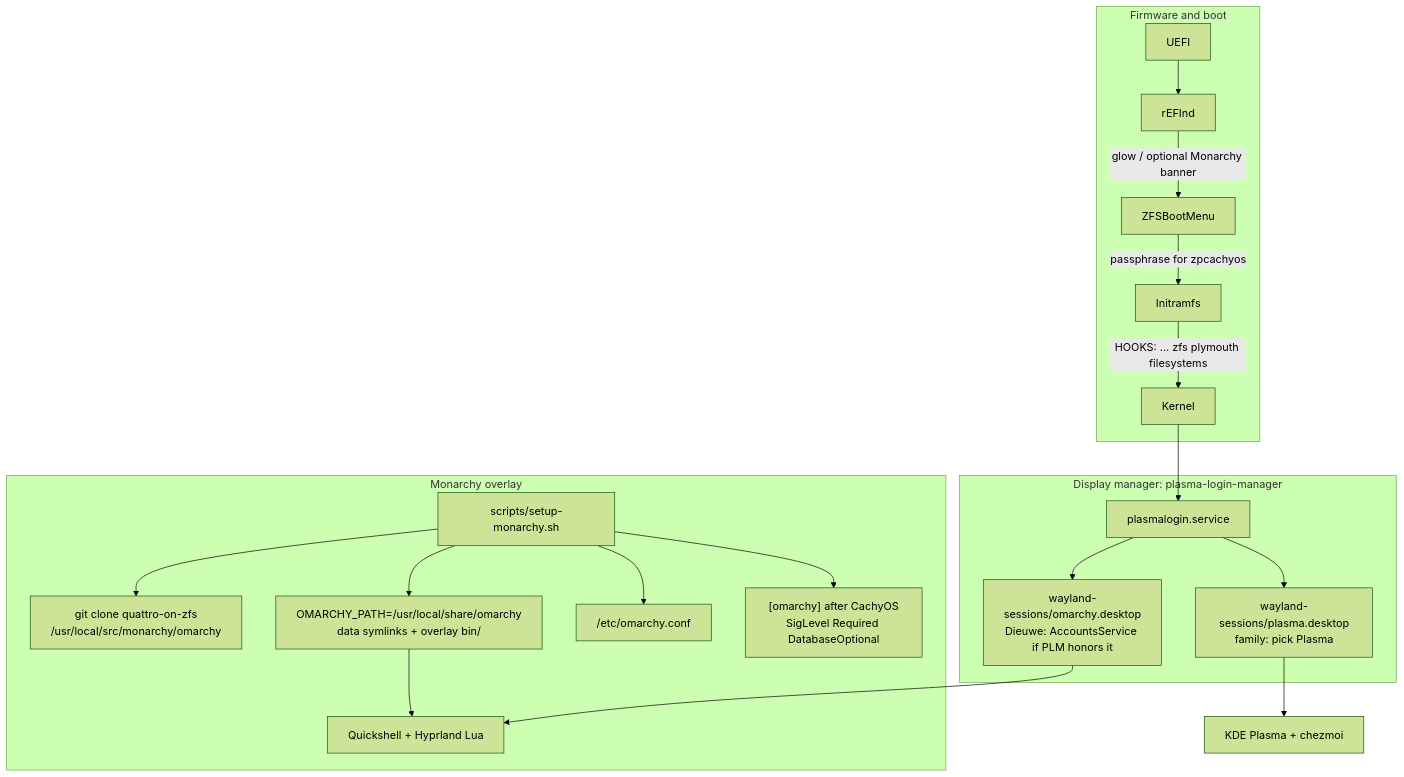
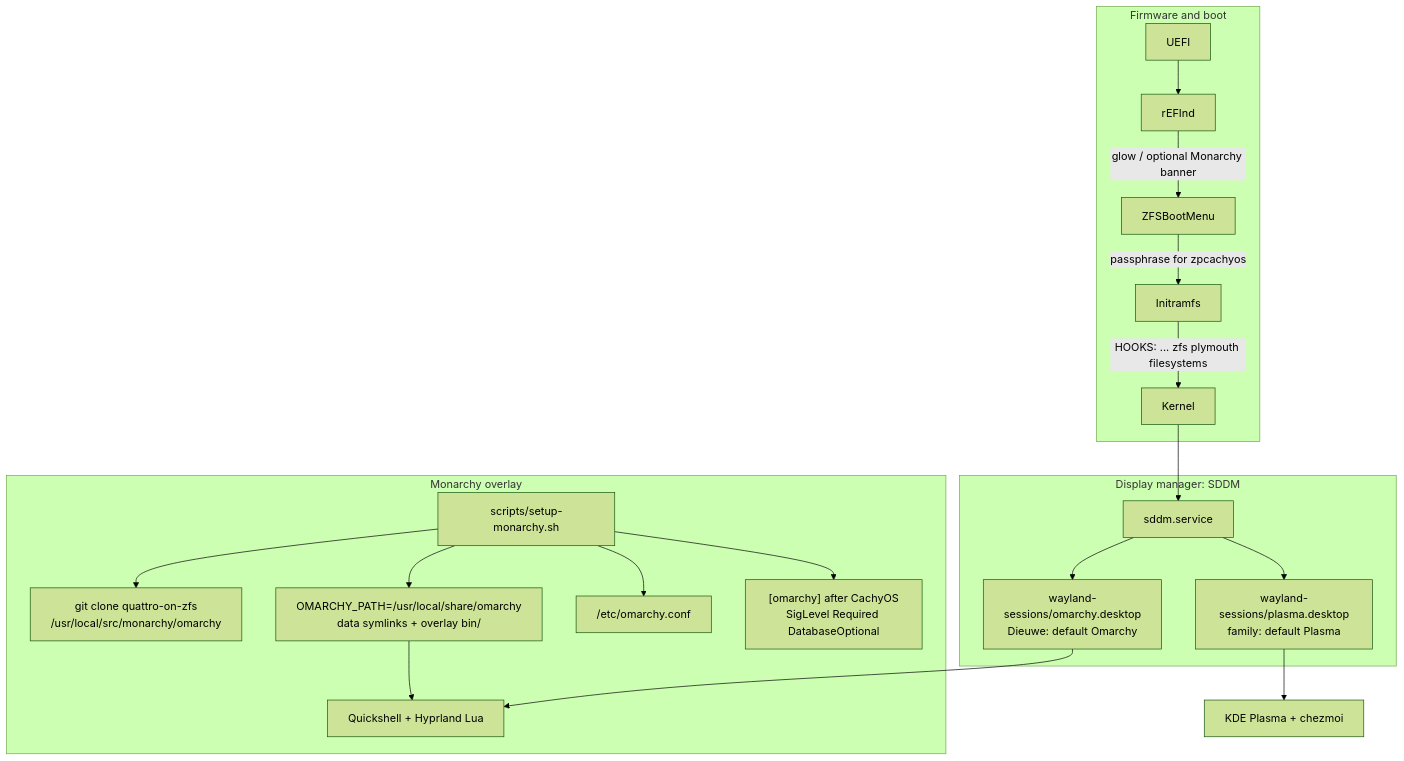
One commit to dieuwedeboer/dotfiles changed the first of 3 diagrams in docs/monarchy.md. Above: the diagram before and after it, drawn with Mermaid (forest theme). The commit also changed other lines of this file and 23 other files, not shown here.

First line of the commit message:
Switch Monarchy greeter from plasma-login-manager to SDDM

````diff
--- a/docs/monarchy.md
+++ b/docs/monarchy.md
@@ -123,31 +123,31 @@
 ```mermaid
 flowchart TB
   subgraph boot [Firmware and boot]
     UEFI --> rEFInd
     rEFInd -->|"glow / optional Monarchy banner"| ZBM[ZFSBootMenu]
     ZBM -->|"passphrase for zpcachyos"| Initramfs
     Initramfs -->|"HOOKS: ... zfs plymouth filesystems"| Kernel
   end
 
-  subgraph dm [Display manager: plasma-login-manager]
-    Kernel --> PLM[plasmalogin.service]
-    PLM --> PlasmaSession["wayland-sessions/plasma.desktop<br/>family: pick Plasma"]
-    PLM --> OmarchySession["wayland-sessions/omarchy.desktop<br/>Dieuwe: AccountsService if PLM honors it"]
+  subgraph dm [Display manager: SDDM]
+    Kernel --> SDDM[sddm.service]
+    SDDM --> PlasmaSession["wayland-sessions/plasma.desktop<br/>family: default Plasma"]
+    SDDM --> OmarchySession["wayland-sessions/omarchy.desktop<br/>Dieuwe: default Omarchy"]
   end
 
   subgraph overlay [Monarchy overlay]
     Bridge["scripts/setup-monarchy.sh"]
     Clone["git clone quattro-on-zfs<br/>/usr/local/src/monarchy/omarchy"]
     Work["OMARCHY_PATH=/usr/local/share/omarchy<br/>data symlinks + overlay bin/"]
     Conf["/etc/omarchy.conf"]
     Repo["[omarchy] after CachyOS<br/>SigLevel Required DatabaseOptional"]
     Bridge --> Clone
     Bridge --> Work
     Bridge --> Conf
     Bridge --> Repo
     OmarchySession --> QS[Quickshell + Hyprland Lua]
     Work --> QS
   end
 
   PlasmaSession --> KDE[KDE Plasma + chezmoi]
 ```
````
